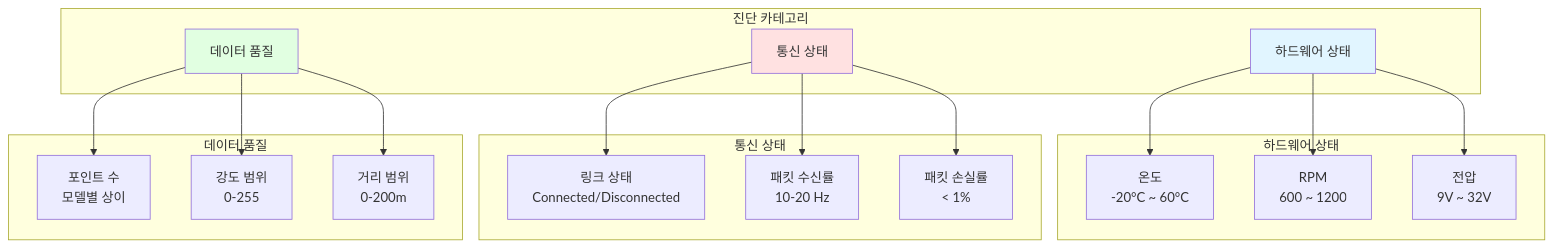
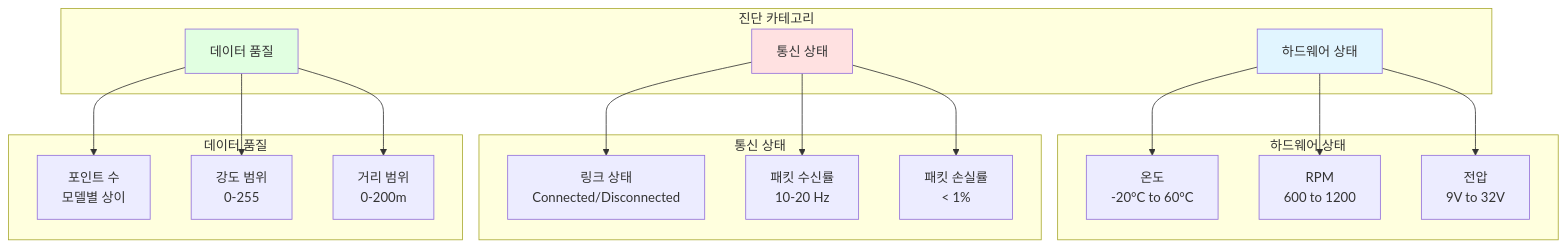
One commit to declue/Lslidar_ROS2_driver changed the eighth of 14 diagrams in docs/analysis.md. Above: the diagram before and after it, drawn with Mermaid. The commit also changed other lines of this file and 3 other files, not shown here.

First line of the commit message:
fix: Mermaid 다이어그램 렌더링 오류 수정

````diff
--- a/docs/analysis.md
+++ b/docs/analysis.md
@@ -253,42 +253,42 @@
 ```mermaid
 graph TB
     subgraph "진단 카테고리"
         HARDWARE[하드웨어 상태]
         COMMUNICATION[통신 상태]
         DATA[데이터 품질]
     end
 
     subgraph "하드웨어 상태"
-        TEMP[온도<br/>-20°C ~ 60°C]
-        RPM[RPM<br/>600 ~ 1200]
-        POWER[전압<br/>9V ~ 32V]
+        TEMP[온도<br/>-20°C to 60°C]
+        RPM[RPM<br/>600 to 1200]
+        POWER[전압<br/>9V to 32V]
     end
 
     subgraph "통신 상태"
         LINK[링크 상태<br/>Connected/Disconnected]
         PACKET_RATE[패킷 수신률<br/>10-20 Hz]
         PACKET_LOSS[패킷 손실률<br/>< 1%]
     end
 
     subgraph "데이터 품질"
         POINT_COUNT[포인트 수<br/>모델별 상이]
         INTENSITY[강도 범위<br/>0-255]
         DISTANCE[거리 범위<br/>0-200m]
     end
 
     HARDWARE --> TEMP
     HARDWARE --> RPM
     HARDWARE --> POWER
 
     COMMUNICATION --> LINK
     COMMUNICATION --> PACKET_RATE
     COMMUNICATION --> PACKET_LOSS
 
     DATA --> POINT_COUNT
     DATA --> INTENSITY
     DATA --> DISTANCE
 
     style HARDWARE fill:#e1f5ff
     style COMMUNICATION fill:#ffe1e1
     style DATA fill:#e1ffe1
 ```
````
